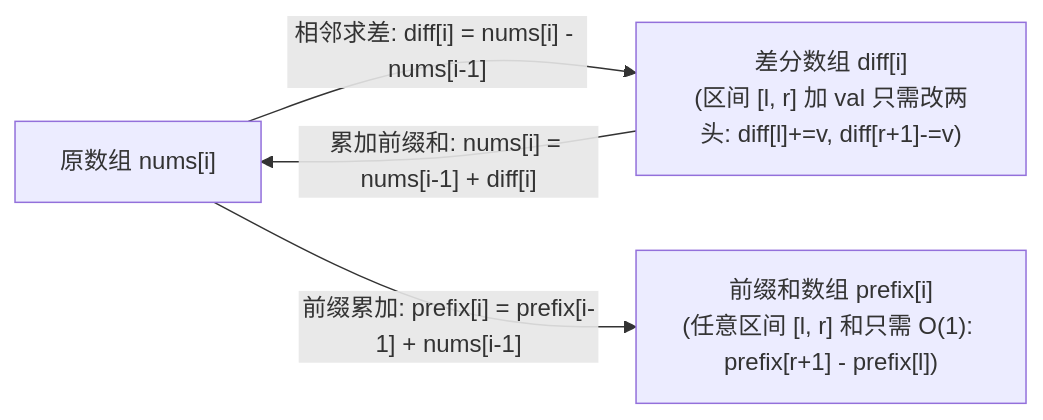
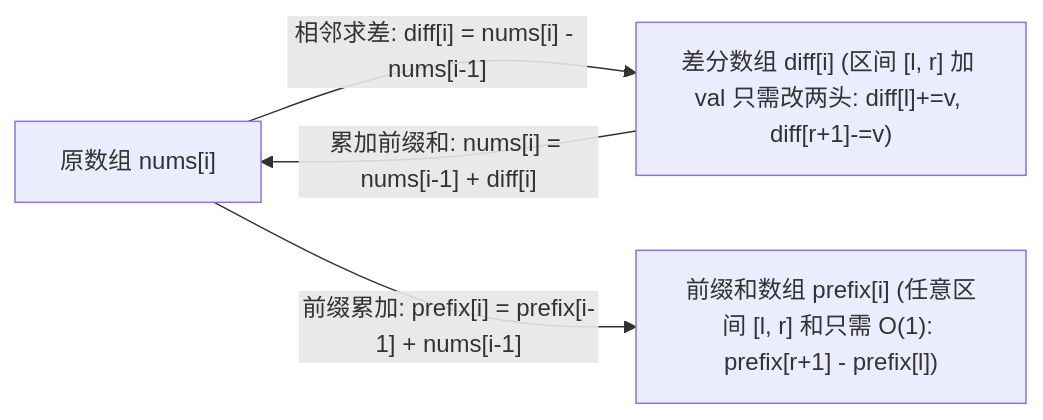
One commit to GuoWWWX/knowledge-base changed the first of 2 diagrams in 30-算法与数据结构/04-模板与技巧/07-模板-前缀和与差分.md. Above: the diagram before and after it, drawn with Mermaid. The commit also changed 251 other files, not shown here.

````diff
--- a/30-算法与数据结构/04-模板与技巧/07-模板-前缀和与差分.md
+++ b/30-算法与数据结构/04-模板与技巧/07-模板-前缀和与差分.md
@@ -25,6 +25,6 @@
 ```mermaid
 flowchart LR
-    Origin["原数组 nums[i]"] -->|"相邻求差: diff[i] = nums[i] - nums[i-1]"| Diff["差分数组 diff[i]<br/>(区间 [l, r] 加 val 只需改两头: diff[l]+=v, diff[r+1]-=v)"]
+    Origin["原数组 nums[i]"] -->|"相邻求差: diff[i] = nums[i] - nums[i-1]"| Diff["差分数组 diff[i] (区间 [l, r] 加 val 只需改两头: diff[l]+=v, diff[r+1]-=v)"]
     Diff -->|"累加前缀和: nums[i] = nums[i-1] + diff[i]"| Origin
-    Origin -->|"前缀累加: prefix[i] = prefix[i-1] + nums[i-1]"| Prefix["前缀和数组 prefix[i]<br/>(任意区间 [l, r] 和只需 O(1): prefix[r+1] - prefix[l])"]
+    Origin -->|"前缀累加: prefix[i] = prefix[i-1] + nums[i-1]"| Prefix["前缀和数组 prefix[i] (任意区间 [l, r] 和只需 O(1): prefix[r+1] - prefix[l])"]
 ```
````
